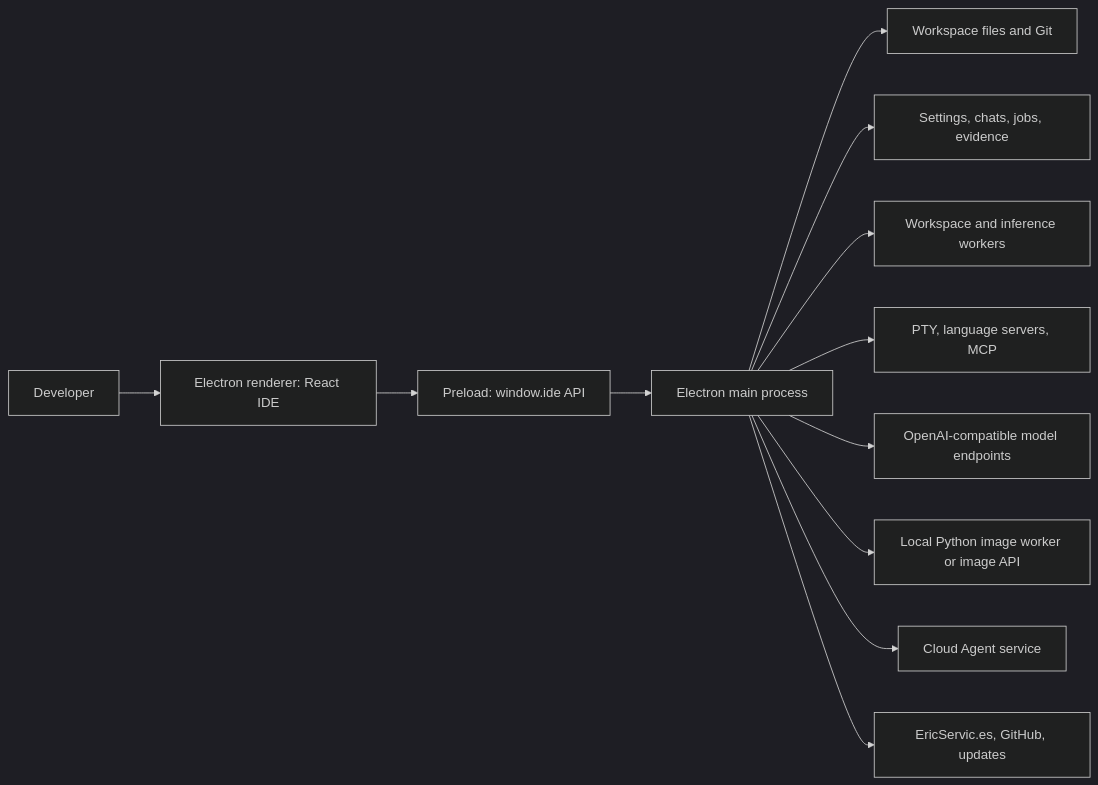
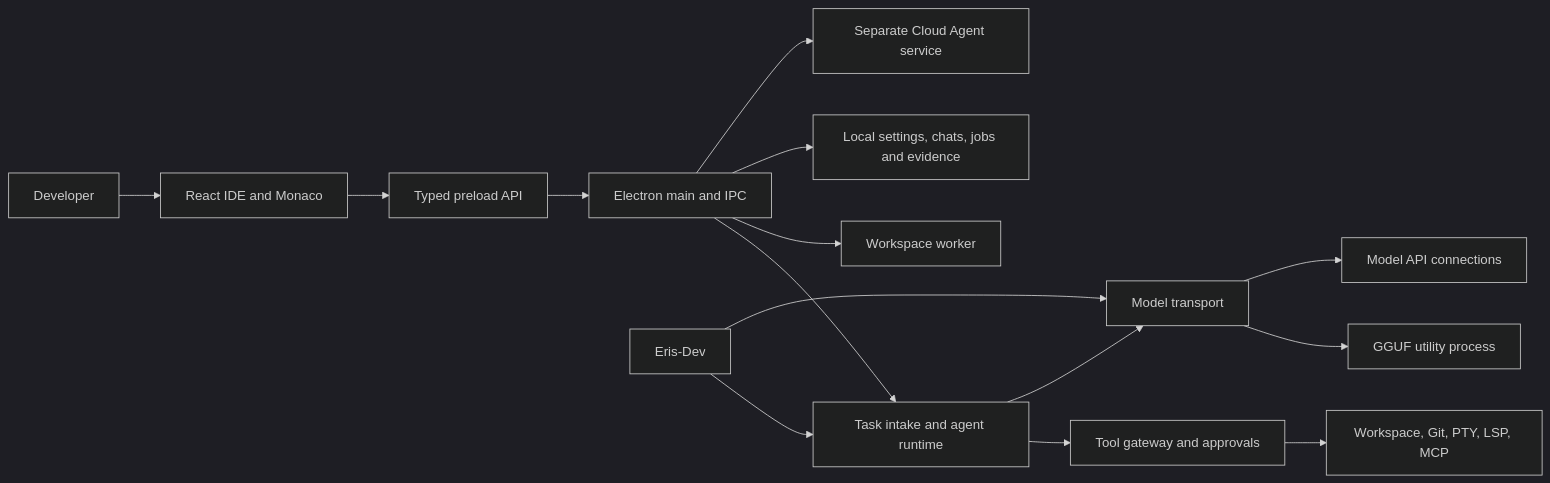
Before and after one commit to EricServices-Repo/Eris: the first of 2 diagrams in docs/ARCHITECTURE.md, drawn with Mermaid (dark theme). The commit also changed other lines of this file and 94 other files, not shown here.

Commit message:
Refactor app architecture and remove legacy code

````diff
--- a/docs/ARCHITECTURE.md
+++ b/docs/ARCHITECTURE.md
@@ -47,14 +9,17 @@
 ```mermaid
 flowchart LR
-  User[Developer] --> UI[Electron renderer: React IDE]
-  UI --> Bridge[Preload: window.ide API]
-  Bridge --> Main[Electron main process]
-  Main --> Workspace[Workspace files and Git]
-  Main --> Storage[Settings, chats, jobs, evidence]
-  Main --> Workers[Workspace and inference workers]
-  Main --> Services[PTY, language servers, MCP]
-  Main --> Models[OpenAI-compatible model endpoints]
-  Main --> Images[Local Python image worker or image API]
-  Main --> Cloud[Cloud Agent service]
-  Main --> Account[EricServic.es, GitHub, updates]
+  User[Developer] --> Renderer[React IDE and Monaco]
+  Renderer --> Preload[Typed preload API]
+  Preload --> Main[Electron main and IPC]
+  Main --> Turn[Task intake and agent runtime]
+  Turn --> Gateway[Tool gateway and approvals]
+  Gateway --> Workspace[Workspace, Git, PTY, LSP, MCP]
+  Turn --> Transport[Model transport]
+  Transport --> Native[GGUF utility process]
+  Transport --> API[Model API connections]
+  Main --> Worker[Workspace worker]
+  Main --> Store[Local settings, chats, jobs and evidence]
+  Main --> Cloud[Separate Cloud Agent service]
+  Dev[Eris-Dev] --> Turn
+  Dev --> Transport
 ```
````
